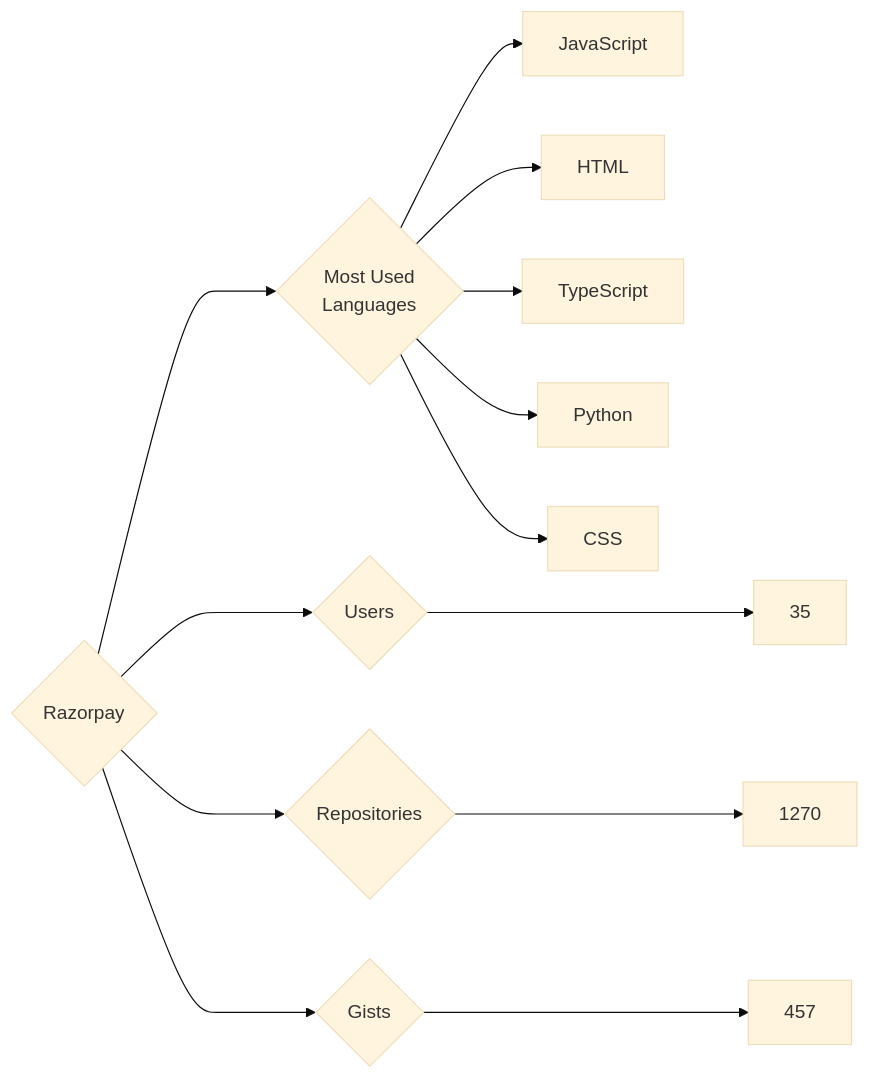
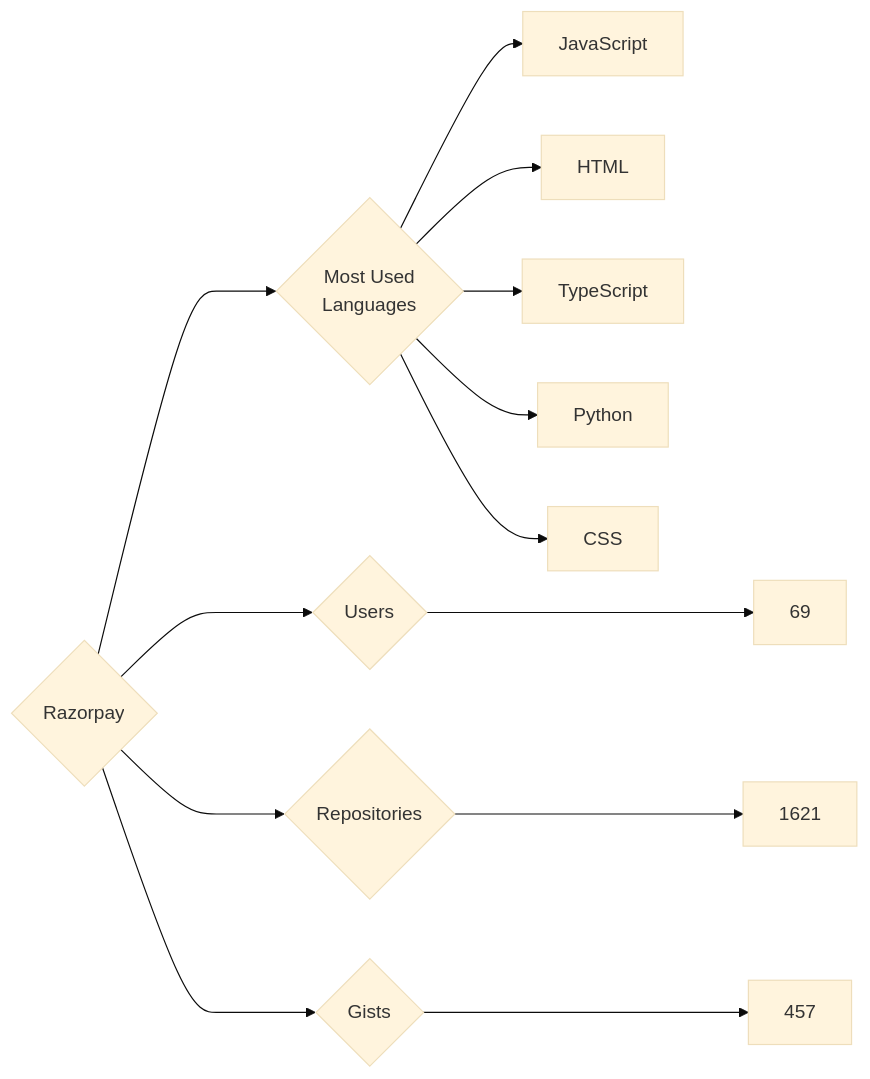
One commit to trickest/insiders changed the diagram in targets/Razorpay/README.md. Above: the diagram before and after it, drawn with Mermaid (base theme). The commit also changed 715 other files, not shown here.

````diff
--- a/targets/Razorpay/README.md
+++ b/targets/Razorpay/README.md
@@ -3,13 +3,13 @@
 ```mermaid
 graph LR
 COMPANY_NAME{Razorpay}
-COMPANY_NAME ---> U{Users} ---> UN[35]
-COMPANY_NAME ---> R{Repositories} ---> RN[1270]
+COMPANY_NAME ---> U{Users} ---> UN[69]
+COMPANY_NAME ---> R{Repositories} ---> RN[1621]
 COMPANY_NAME ---> G{Gists} ---> GN[457]
 COMPANY_NAME ---> ML{Most Used<br>Languages}
 ML --> JavaScript[JavaScript]
 ML --> HTML[HTML]
 ML --> TypeScript[TypeScript]
 ML --> Python[Python]
 ML --> CSS[CSS]
 ```
````
